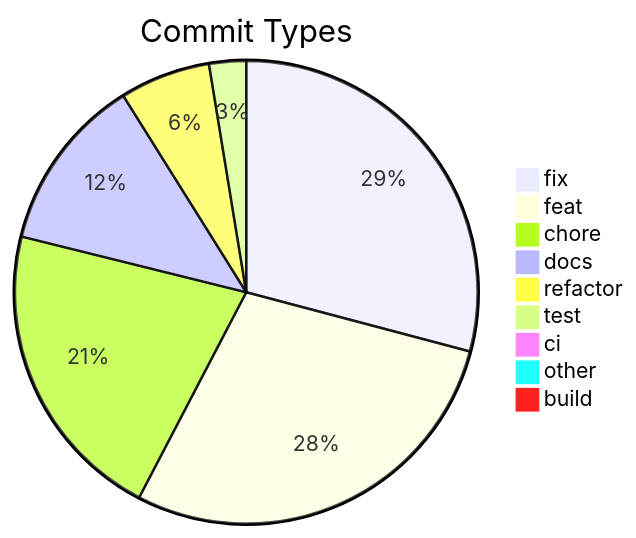
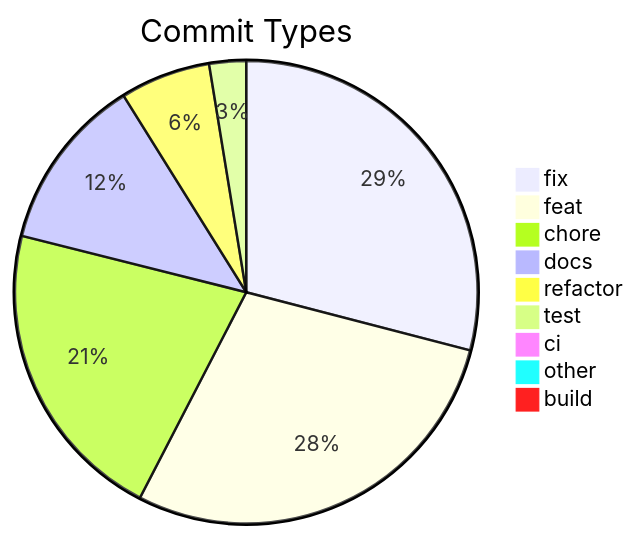
One commit to svenroth-ai/shipwright changed the diagram in .shipwright/compliance/change-history.md. Above: the diagram before and after it, drawn with Mermaid. The commit also changed other lines of this file and 9 other files, not shown here.

````diff
--- a/.shipwright/compliance/change-history.md
+++ b/.shipwright/compliance/change-history.md
@@ -10,12 +10,12 @@
 ```mermaid
 pie title Commit Types
     "fix" : 350
-    "feat" : 343
-    "chore" : 255
+    "feat" : 344
+    "chore" : 257
     "docs" : 147
     "refactor" : 76
     "test" : 31
     "ci" : 11
     "other" : 9
     "build" : 1
 ```
````
